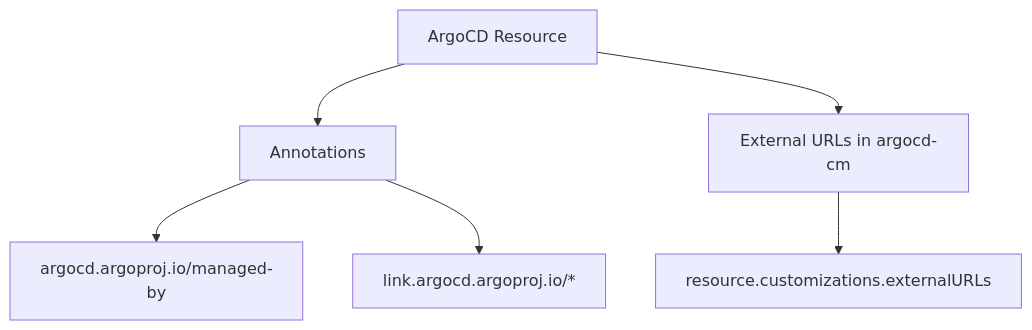
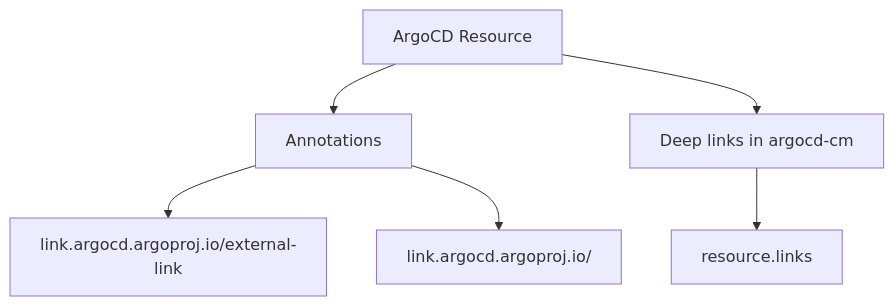
One commit to OneUptime/blog changed the diagram in posts/2026-02-26-argocd-link-resources-external-tools/README.md. Above: the diagram before and after it, drawn with Mermaid. The commit also changed other lines of this file and 2 other files, not shown here.

Commit message:
validate: 2026-02-26-argocd-link-resources-external-tools

````diff
--- a/posts/2026-02-26-argocd-link-resources-external-tools/README.md
+++ b/posts/2026-02-26-argocd-link-resources-external-tools/README.md
@@ -17,10 +17,10 @@
 ```mermaid
 graph TD
     A[ArgoCD Resource] --> B[Annotations]
-    A --> C[External URLs in argocd-cm]
+    A --> C[Deep links in argocd-cm]
 
-    B --> D[argocd.argoproj.io/managed-by]
-    B --> E[link.argocd.argoproj.io/*]
+    B --> D[link.argocd.argoproj.io/external-link]
+    B --> E[link.argocd.argoproj.io/<custom-name>]
 
-    C --> F[resource.customizations.externalURLs]
+    C --> F[resource.links]
 ```
````
